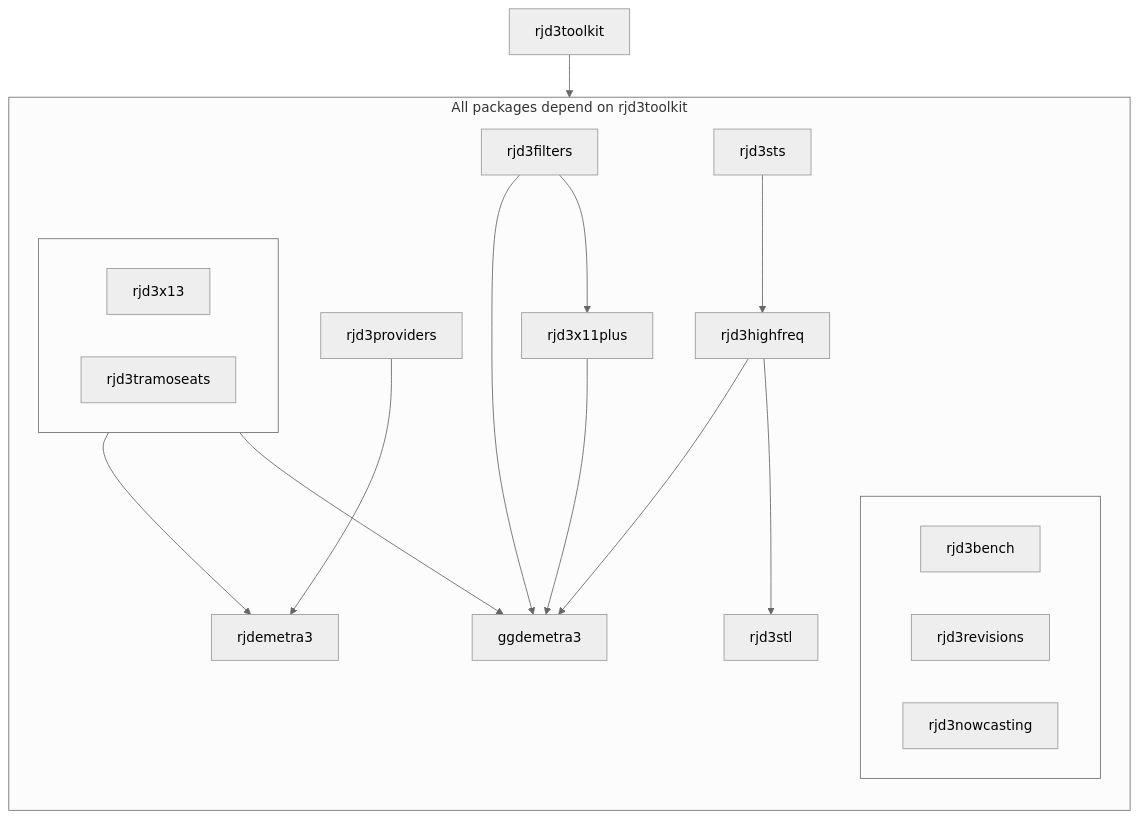
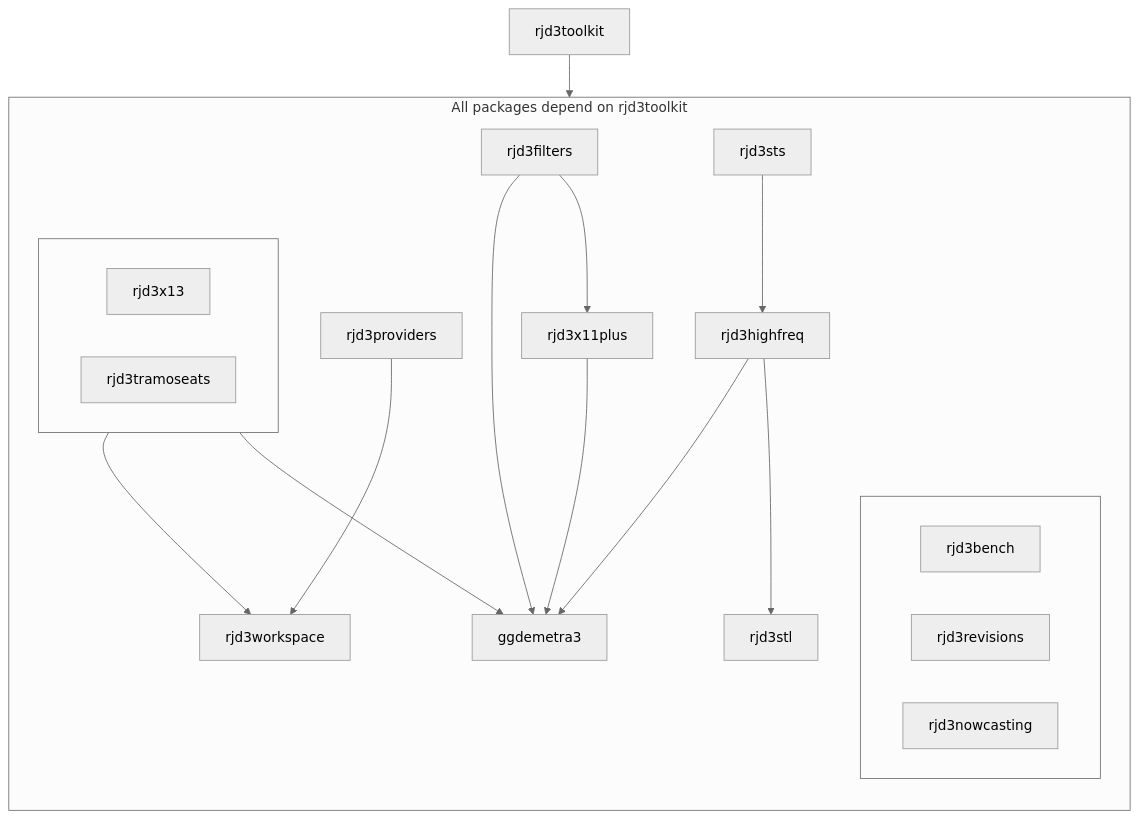
One commit to rjdverse/.github changed the diagram in profile/README.md. Above: the diagram before and after it, drawn with Mermaid (neutral theme). The commit also changed other lines of this file and 1 other file, not shown here.

Commit message:
update "rjdverse" + links to add-on packages

````diff
--- a/profile/README.md
+++ b/profile/README.md
@@ -65,48 +75,48 @@
 ```mermaid
 flowchart TB
     subgraph rjd3toolkit_depends ["All packages depend on rjd3toolkit"]
         direction TB
 
 
         subgraph rjd3_other[" "]
             rjd3bench
             rjd3revisions
             rjd3nowcasting
         end
         
         subgraph rjd3x13_tramo[" "]
             rjd3x13
             rjd3tramoseats
         end
 
-        rjd3providers --> rjdemetra3
-        rjd3x13_tramo --> rjdemetra3
+        rjd3providers --> rjd3workspace
+        rjd3x13_tramo --> rjd3workspace
 
         rjd3x13_tramo --> ggdemetra3
         rjd3highfreq --> ggdemetra3
         rjd3x11plus --> ggdemetra3
         rjd3filters --> ggdemetra3
         
         rjd3filters --> rjd3x11plus
         rjd3sts --> rjd3highfreq
         rjd3highfreq --> rjd3stl
 
     end
 
     rjd3toolkit --> rjd3toolkit_depends
 
-  click rjd3toolkit "https://github.com/rjdemetra/rjd3toolkit" _blank
-  click rjd3nowcasting "https://github.com/rjdemetra/rjd3nowcasting" _blank
-  click rjd3stl "https://github.com/rjdemetra/rjd3stl" _blank
-  click rjd3highfreq "https://github.com/rjdemetra/rjd3highfreq" _blank
-  click rjd3sts "https://github.com/rjdemetra/rjd3sts" _blank
-  click rjd3x11plus "https://github.com/rjdemetra/rjd3x11plus" _blank
-  click rjd3filters "https://github.com/rjdemetra/rjd3filters" _blank
-  click rjd3providers "https://github.com/rjdemetra/rjd3providers" _blank
-  click rjdemetra3 "https://github.com/rjdemetra/rjdemetra3" _blank
-  click rjd3x13 "https://github.com/rjdemetra/rjd3x13" _blank
-  click rjd3tramoseats "https://github.com/rjdemetra/rjd3tramoseats" _blank
-  click rjd3bench "https://github.com/rjdemetra/rjd3bench" _blank
-  click rjd3revisions "https://github.com/rjdemetra/rjd3revisions" _blank
+  click rjd3toolkit "https://github.com/rjdverse/rjd3toolkit" _blank
+  click rjd3nowcasting "https://github.com/rjdverse/rjd3nowcasting" _blank
+  click rjd3stl "https://github.com/rjdverse/rjd3stl" _blank
+  click rjd3highfreq "https://github.com/rjdverse/rjd3highfreq" _blank
+  click rjd3sts "https://github.com/rjdverse/rjd3sts" _blank
+  click rjd3x11plus "https://github.com/rjdverse/rjd3x11plus" _blank
+  click rjd3filters "https://github.com/rjdverse/rjd3filters" _blank
+  click rjd3providers "https://github.com/rjdverse/rjd3providers" _blank
+  click rjd3workspace "https://github.com/rjdverse/rjd3workspace" _blank
+  click rjd3x13 "https://github.com/rjdverse/rjd3x13" _blank
+  click rjd3tramoseats "https://github.com/rjdverse/rjd3tramoseats" _blank
+  click rjd3bench "https://github.com/rjdverse/rjd3bench" _blank
+  click rjd3revisions "https://github.com/rjdverse/rjd3revisions" _blank
   click ggdemetra3 "https://github.com/AQLT/ggdemetra3" _blank
 ```
````
